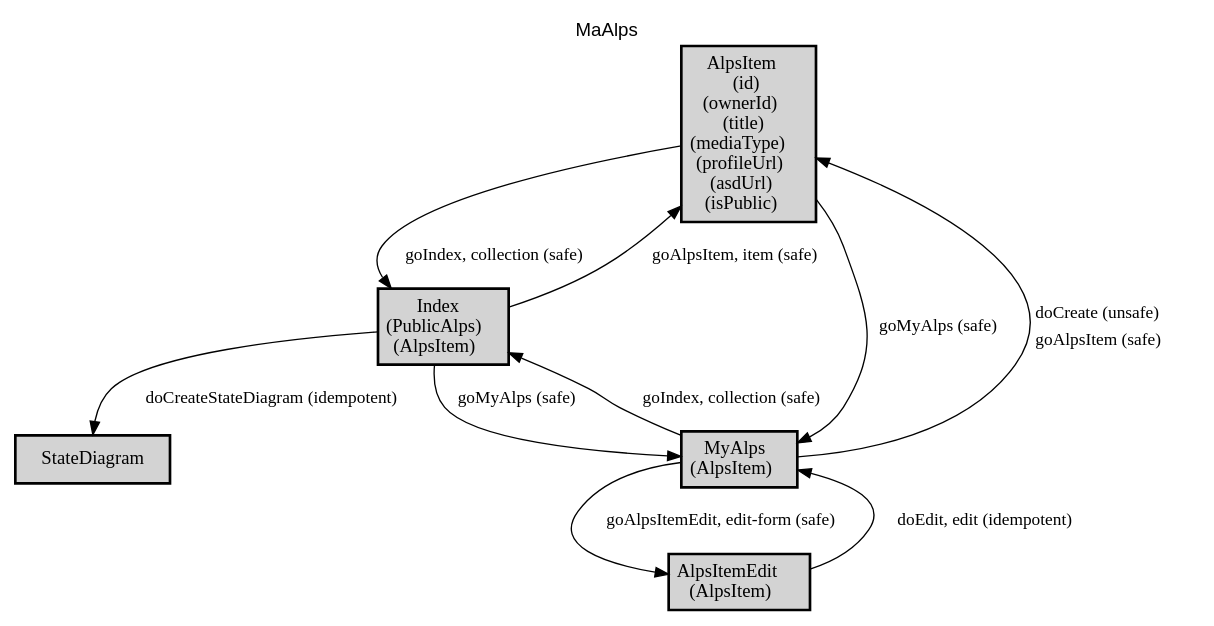
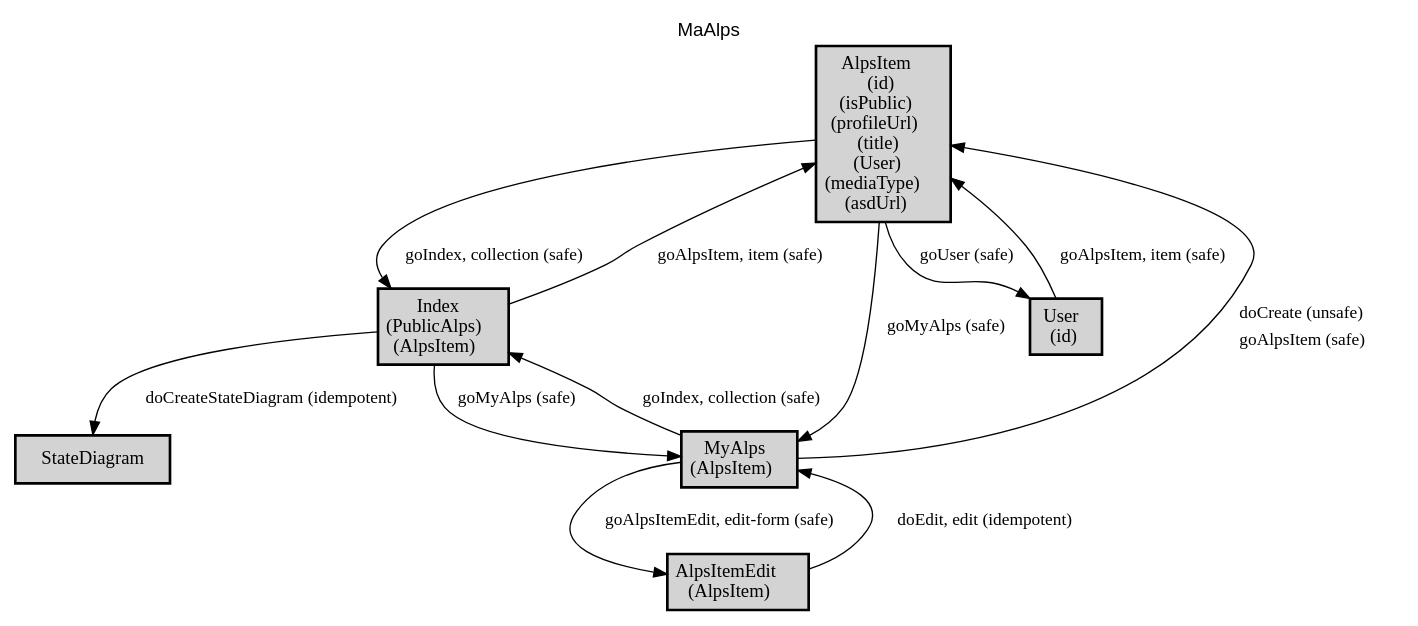
Before and after one commit to ma-alps/spec: the diagram in docs/profile.dot, drawn with Graphviz. The commit also changed 24 other files, not shown here.

```diff
--- a/docs/profile.dot
+++ b/docs/profile.dot
@@ -1,27 +1,30 @@
 digraph application_state_diagram {
   graph [
     labelloc="t";
     fontname="Helvetica"
     label="MaAlps";
     URL="index.html" target="_parent"
   ];
   node [shape = box, style = "bold,filled" fillcolor="lightgray"];
 
-    AlpsItem [margin=0.02, label=<<table cellspacing="0" cellpadding="5" border="0"><tr><td>AlpsItem<br />(id)<br />(ownerId)<br />(title)<br />(mediaType)<br />(profileUrl)<br />(asdUrl)<br />(isPublic)<br /></td></tr></table>>,shape=box URL="docs/semantic.AlpsItem.html" target="_parent"]
+    AlpsItem [margin=0.02, label=<<table cellspacing="0" cellpadding="5" border="0"><tr><td>AlpsItem<br />(id)<br />(isPublic)<br />(profileUrl)<br />(title)<br />(User)<br />(mediaType)<br />(asdUrl)<br /></td></tr></table>>,shape=box URL="docs/semantic.AlpsItem.html" target="_parent"]
     AlpsItemEdit [margin=0.02, label=<<table cellspacing="0" cellpadding="5" border="0"><tr><td>AlpsItemEdit<br />(AlpsItem)<br /></td></tr></table>>,shape=box URL="docs/semantic.AlpsItemEdit.html" target="_parent"]
     Index [margin=0.02, label=<<table cellspacing="0" cellpadding="5" border="0"><tr><td>Index<br />(PublicAlps)<br />(AlpsItem)<br /></td></tr></table>>,shape=box URL="docs/semantic.Index.html" target="_parent"]
     MyAlps [margin=0.02, label=<<table cellspacing="0" cellpadding="5" border="0"><tr><td>MyAlps<br />(AlpsItem)<br /></td></tr></table>>,shape=box URL="docs/semantic.MyAlps.html" target="_parent"]
+    User [margin=0.02, label=<<table cellspacing="0" cellpadding="5" border="0"><tr><td>User<br />(id)<br /></td></tr></table>>,shape=box URL="docs/semantic.User.html" target="_parent"]
 
     AlpsItem -> Index [label = "goIndex, collection (safe)" URL="docs/safe.goIndex.html" target="_parent" fontsize=13];
     AlpsItem -> MyAlps [label = "goMyAlps (safe)" URL="docs/safe.goMyAlps.html" target="_parent" fontsize=13];
+    AlpsItem -> User [label = "goUser (safe)" URL="docs/safe.goUser.html" target="_parent" fontsize=13];
     AlpsItemEdit -> MyAlps [label = "doEdit, edit (idempotent)" URL="docs/idempotent.doEdit.html" target="_parent" fontsize=13];
     Index -> AlpsItem [label = "goAlpsItem, item (safe)" URL="docs/safe.goAlpsItem.html" target="_parent" fontsize=13];
     Index -> MyAlps [label = "goMyAlps (safe)" URL="docs/safe.goMyAlps.html" target="_parent" fontsize=13];
     Index -> StateDiagram [label = "doCreateStateDiagram (idempotent)" URL="docs/idempotent.doCreateStateDiagram.html" target="_parent" fontsize=13];
     MyAlps -> AlpsItem [label=<<table  border="0"><tr><td align="left" href="docs/unsafe.doCreate.html">doCreate (unsafe)</td></tr><tr><td align="left" href="docs/safe.goAlpsItem.html">goAlpsItem (safe)</td></tr></table>> fontsize=13];
     MyAlps -> AlpsItemEdit [label = "goAlpsItemEdit, edit-form (safe)" URL="docs/safe.goAlpsItemEdit.html" target="_parent" fontsize=13];
     MyAlps -> Index [label = "goIndex, collection (safe)" URL="docs/safe.goIndex.html" target="_parent" fontsize=13];
+    User -> AlpsItem [label = "goAlpsItem, item (safe)" URL="docs/safe.goAlpsItem.html" target="_parent" fontsize=13];
 
     StateDiagram [URL="docs/semantic.StateDiagram.html" target="_parent"]
 
 }
```
